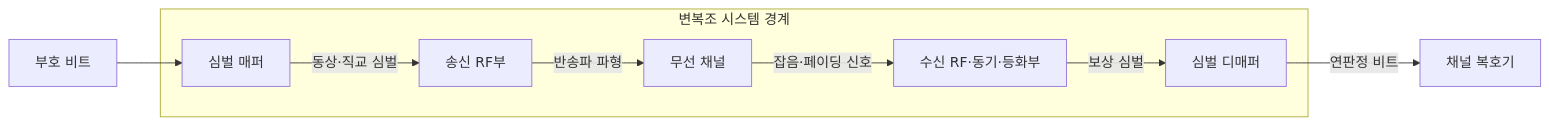
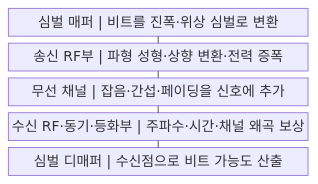
The first of 2 diagrams in src/content/docs/notes/04-network/066_modulation_methods.md (agnusdei1207/knowledge-base), drawn with Mermaid before and after one commit. The commit also changed other lines of this file and 20 other files, not shown here.

````diff
--- a/src/content/docs/notes/04-network/066_modulation_methods.md
+++ b/src/content/docs/notes/04-network/066_modulation_methods.md
@@ -61,17 +60,13 @@
 ```mermaid
-flowchart LR
-    B[부호 비트]
-    subgraph M[변복조 시스템 경계]
-        MAP[심벌 매퍼]
-        TX[송신 RF부]
-        CH[무선 채널]
-        RX[수신 RF·동기·등화부]
-        DEMAP[심벌 디매퍼]
-        MAP -->|동상·직교 심벌| TX
-        TX -->|반송파 파형| CH
-        CH -->|잡음·페이딩 신호| RX
-        RX -->|보상 심벌| DEMAP
-    end
-    B --> MAP
-    DEMAP -->|연판정 비트| OUT[채널 복호기]
+block
+    columns 1
+    A["심벌 매퍼 | 비트를 진폭·위상 심벌로 변환"]
+    B["송신 RF부 | 파형 성형·상향 변환·전력 증폭"]
+    C["무선 채널 | 잡음·간섭·페이딩을 신호에 추가"]
+    D["수신 RF·동기·등화부 | 주파수·시간·채널 왜곡 보상"]
+    E["심벌 디매퍼 | 수신점으로 비트 가능도 산출"]
+    A --- B
+    B --- C
+    C --- D
+    D --- E
 ```
````
